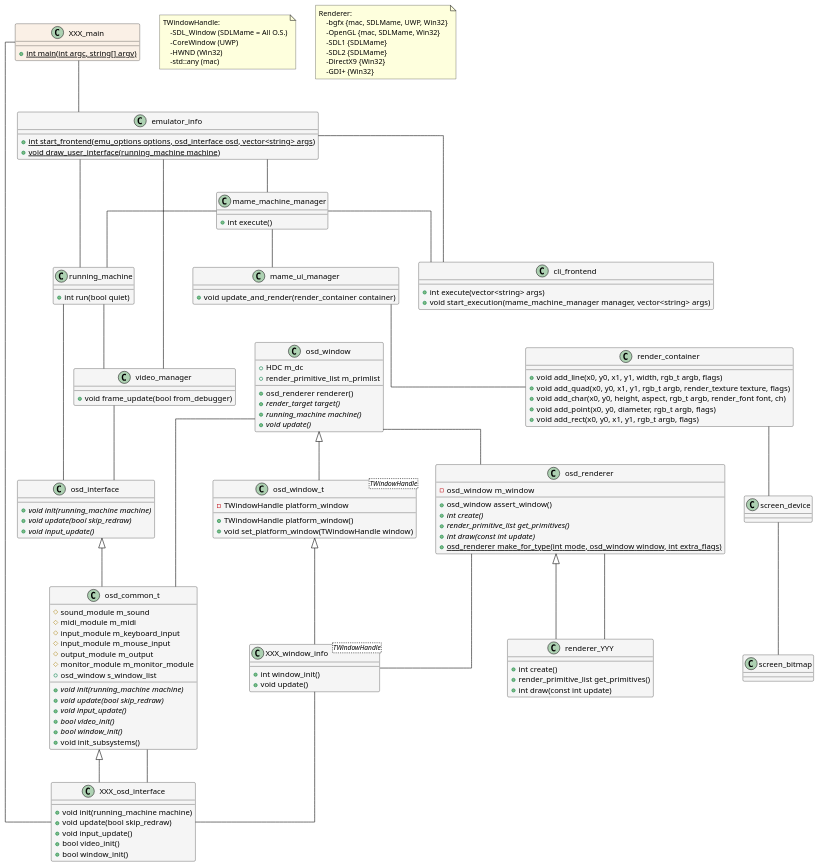
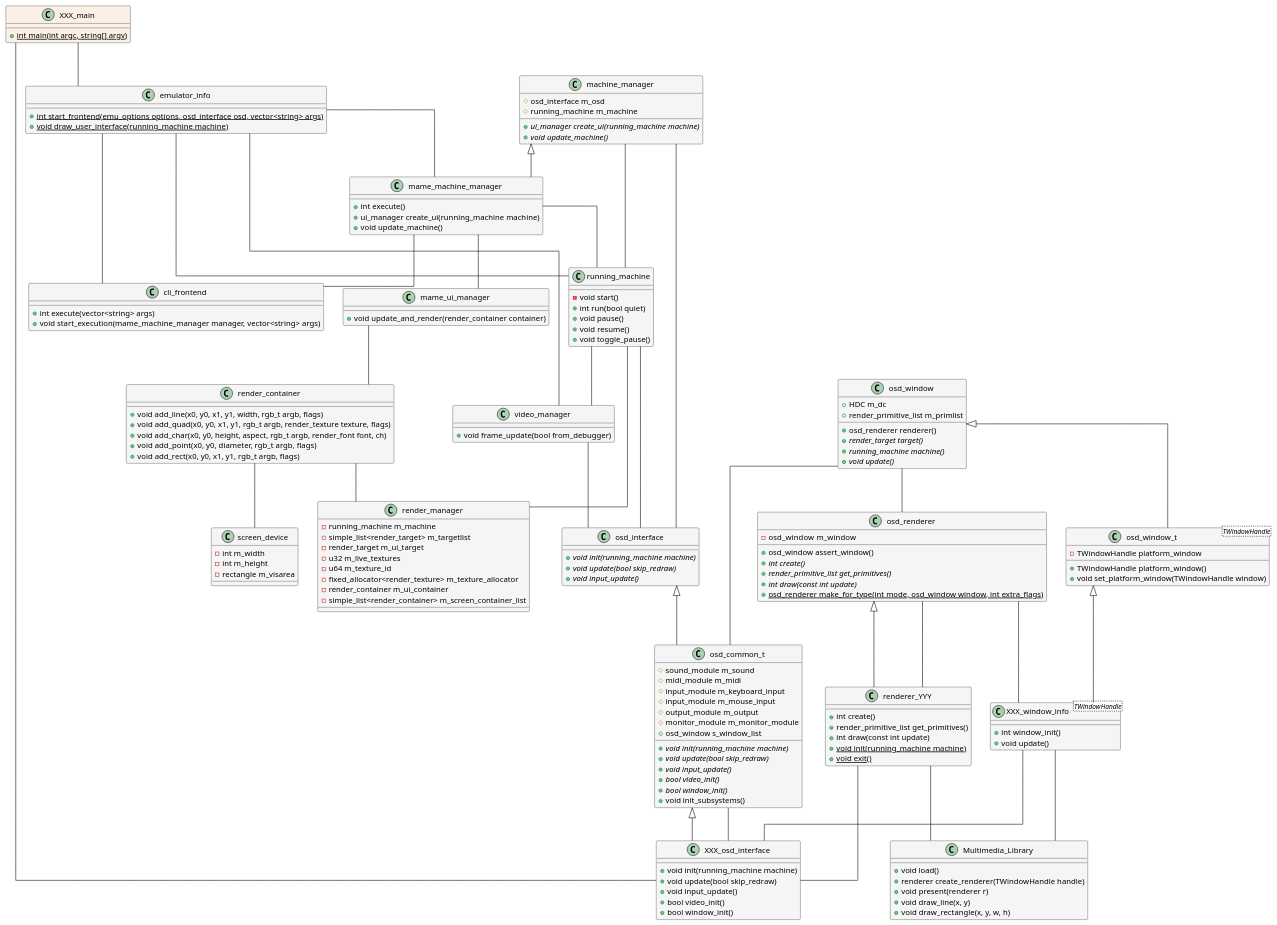
The diagram in Streaming/UML/class.puml (mikymaione/MAMEStreamingPlatform), drawn with PlantUML before and after one commit.

```diff
--- a/Streaming/UML/class.puml
+++ b/Streaming/UML/class.puml
@@ -1,14 +1,13 @@
 @startuml mame
 
+skinparam Shadowing false
 skinparam LineType ortho
 skinparam ArrowColor black
-skinparam Shadowing false
 
 skinparam class {
     BackgroundColor WhiteSmoke
     BorderColor black
 }
-
 
 class XXX_main #Linen {
     {static}+int main(int argc, string[] argv)
@@ -37,10 +36,6 @@
     +void start_execution(mame_machine_manager manager, vector<string> args)
 }
 
-class mame_machine_manager {
-    +int execute()
-}
-
 class mame_ui_manager {
     +void update_and_render(render_container container)
 }
@@ -61,21 +56,60 @@
 mame_machine_manager -- cli_frontend
 
 class running_machine {
+    -void start()
     +int run(bool quiet)
+    +void pause()
+    +void resume()
+    +void toggle_pause()
 }
 
 mame_machine_manager -- running_machine
 running_machine -- video_manager
+render_container -- render_manager
+running_machine -- render_manager
 render_container -- screen_device
+
+class render_manager {
+    -running_machine m_machine
+    -simple_list<render_target> m_targetlist
+    -render_target m_ui_target
+    -u32 m_live_textures
+    -u64 m_texture_id
+    -fixed_allocator<render_texture> m_texture_allocator
+    -render_container m_ui_container
+    -simple_list<render_container> m_screen_container_list
+}
+
+class screen_device {
+    -int m_width
+	-int m_height
+	-rectangle m_visarea
+}
 
 class video_manager {
     +void frame_update(bool from_debugger)
 }
 
+class machine_manager {
+    #osd_interface m_osd	
+	#running_machine m_machine
+
+    {abstract} +ui_manager create_ui(running_machine machine)
+    {abstract} +void update_machine()
+}
+
+machine_manager -- osd_interface
+machine_manager -- running_machine
+
+class mame_machine_manager extends machine_manager {
+    +int execute()
+    +ui_manager create_ui(running_machine machine)
+    +void update_machine()
+}
+
 running_machine -- osd_interface
 video_manager -- osd_interface
 video_manager -- emulator_info
-screen_device -- screen_bitmap
 
 class osd_renderer {
     -osd_window  m_window
@@ -90,10 +124,24 @@
     +int create()
     +render_primitive_list get_primitives()    
     +int draw(const int update)
+    {static} +void init(running_machine machine)
+	{static} +void exit()
 }
+
+class Multimedia_Library {
+    +void load()
+    +renderer create_renderer(TWindowHandle handle)
+    +void present(renderer r)
+    +void draw_line(x, y)
+    +void draw_rectangle(x, y, w, h)
+}
+
+renderer_YYY -- Multimedia_Library
+XXX_window_info -- Multimedia_Library
 
 osd_window -- osd_renderer
 renderer_YYY -- osd_renderer
+renderer_YYY -- XXX_osd_interface
 
 class osd_window_t<TWindowHandle> extends osd_window {
     -TWindowHandle platform_window
@@ -143,26 +191,39 @@
     +void init_subsystems()
 }
 
-'note bottom of XXX_window_info
-note as nXXX_window_info
-TWindowHandle:
-    -SDL_Window (SDLMame = All O.S.)
-    -CoreWindow (UWP)
-    -HWND (Win32)
-    -std::any (mac)
-end note
+' 'note bottom of XXX_window_info
+' note as nTWindowHandle
+' TWindowHandle:
+'     -SDL_Window (SDLMame = All O.S.)
+'     -CoreWindow (UWP)
+'     -HWND (Windows)
+'     -std::any (macOS)
+' end note
 
-'note bottom of renderer_YYY
-note as nrenderer_YYY
-Renderer:
-    -bgfx {mac, SDLMame, UWP, Win32}
-    -OpenGL {mac, SDLMame, Win32}
-    -SDL1 {SDLMame}
-    -SDL2 {SDLMame}
-    -DirectX9 {Win32}
-    -GDI+ {Win32}
-end note
+' 'note bottom of renderer_YYY
+' note as nrenderer_YYY
+' Renderer:
+'     -bgfx {macOS, SDLMame, UWP, Windows}
+'     -OpenGL {macOS, SDLMame, Windows}
+'     -SDL 1 {SDLMame}
+'     -SDL 2 {SDLMame}
+'     -DirectX 9 {Win32}
+'     -GDI+ {Win32}
+' end note
 
-' class osd_stream #Lavender
+' note as nXXX
+' O.S.:
+'     -macOS 
+'     -Windows
+'     -UWP
+'     -SDLMame = All O.S.
+' end note
+
+' nrenderer_YYY .. renderer_YYY
+' nrenderer_YYY .. Multimedia_Library
+' nTWindowHandle .. XXX_window_info
+' nXXX .. XXX_main
+' nXXX .. XXX_osd_interface
+' nXXX .. XXX_window_info
 
 @enduml
```
